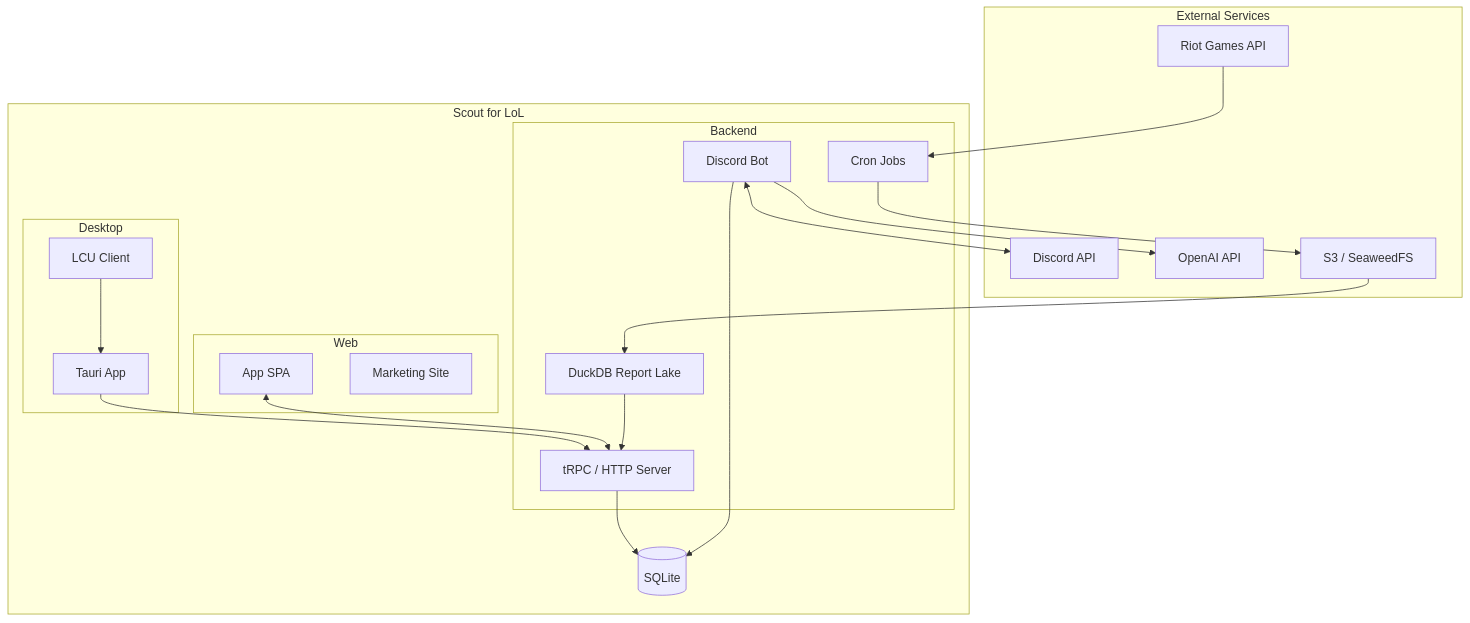
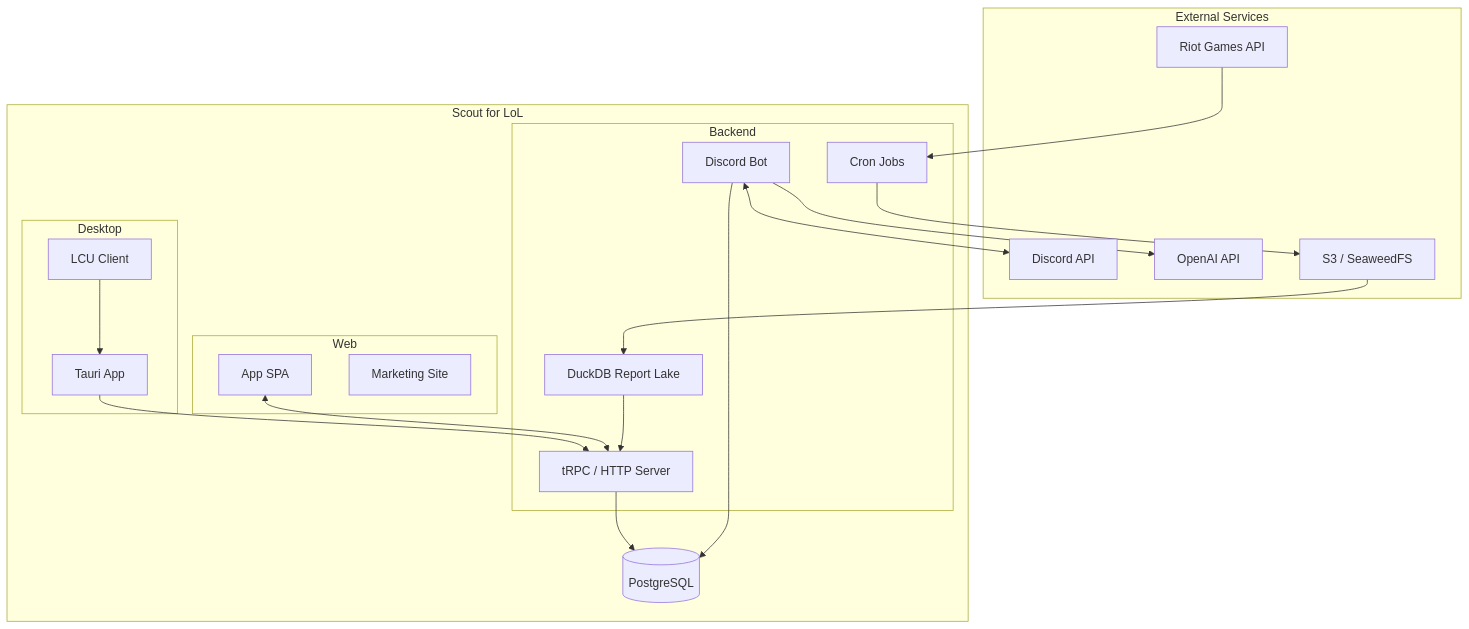
Before and after one commit to shepherdjerred/monorepo: the diagram in packages/scout-for-lol/docs/README.md, drawn with Mermaid. The commit also changed other lines of this file and 8 other files, not shown here.

````diff
--- a/packages/scout-for-lol/docs/README.md
+++ b/packages/scout-for-lol/docs/README.md
@@ -17,42 +17,42 @@
 ```mermaid
 graph TB
     subgraph External Services
         RIOT[Riot Games API]
         DISCORD[Discord API]
         OPENAI[OpenAI API]
         S3[S3 / SeaweedFS]
     end
 
     subgraph "Scout for LoL"
         subgraph Backend
             BOT[Discord Bot]
             CRON[Cron Jobs]
             TRPC[tRPC / HTTP Server]
             LAKE[DuckDB Report Lake]
         end
 
         subgraph Web
             SPA[App SPA]
             SITE[Marketing Site]
         end
 
         subgraph Desktop
             TAURI[Tauri App]
             LCU[LCU Client]
         end
 
-        DB[(SQLite)]
+        DB[(PostgreSQL)]
     end
 
     RIOT --> CRON
     BOT <--> DISCORD
     BOT --> OPENAI
     CRON --> S3
     S3 --> LAKE
     LAKE --> TRPC
     BOT --> DB
     TRPC --> DB
     SPA <--> TRPC
     LCU --> TAURI
     TAURI --> TRPC
 ```
````
